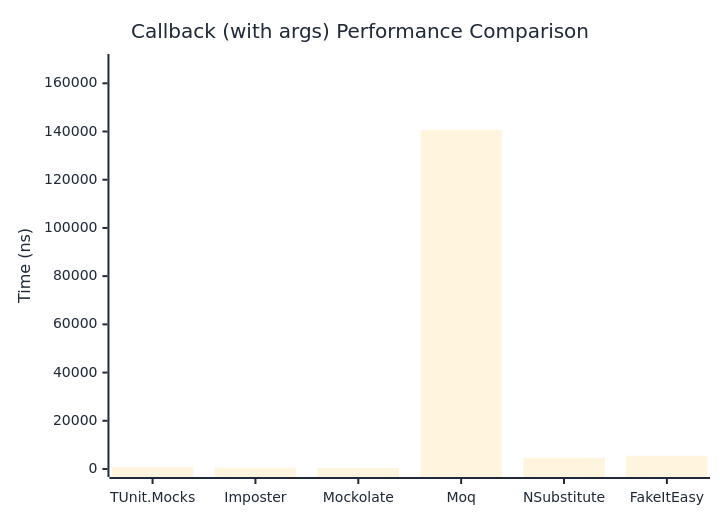
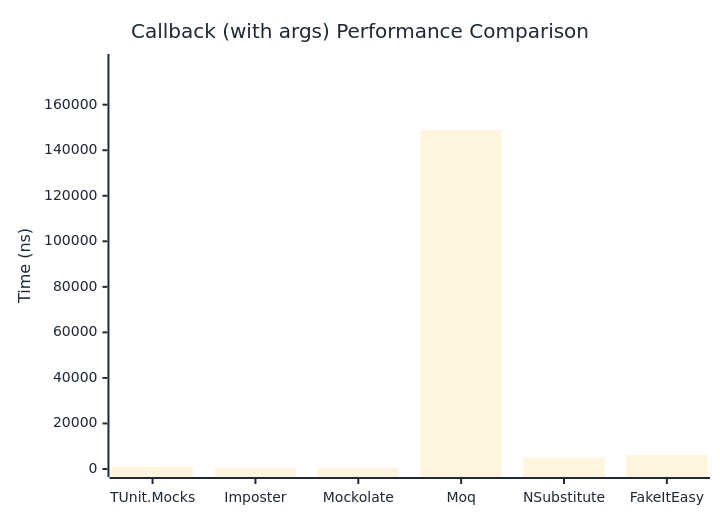
One commit to thomhurst/TUnit changed the second of 2 diagrams in docs/docs/benchmarks/mocks/Callback.md. Above: the diagram before and after it, drawn with Mermaid. The commit also changed other lines of this file and 14 other files, not shown here.

````diff
--- a/docs/docs/benchmarks/mocks/Callback.md
+++ b/docs/docs/benchmarks/mocks/Callback.md
@@ -69,27 +69,27 @@
 ```mermaid
 %%{init: {
   'theme':'base',
   'themeVariables': {
     'primaryColor': '#2563eb',
     'primaryTextColor': '#1f2937',
     'primaryBorderColor': '#1e40af',
     'lineColor': '#6b7280',
     'secondaryColor': '#7c3aed',
     'tertiaryColor': '#dc2626',
     'background': '#ffffff',
     'pie1': '#2563eb',
     'pie2': '#7c3aed',
     'pie3': '#dc2626',
     'pie4': '#f59e0b',
     'pie5': '#10b981',
     'pie6': '#06b6d4',
     'pie7': '#ec4899',
     'pie8': '#6366f1'
   }
 }}%%
 xychart-beta
   title "Callback (with args) Performance Comparison"
   x-axis ["TUnit.Mocks", "Imposter", "Mockolate", "Moq", "NSubstitute", "FakeItEasy"]
-  y-axis "Time (ns)" 0 --> 168832
-  bar [720.2, 544.3, 387.6, 140692.8, 4615, 5496.1]
+  y-axis "Time (ns)" 0 --> 178747
+  bar [839.2, 597.4, 402.7, 148955.1, 5010.7, 6119.5]
 ```
````
